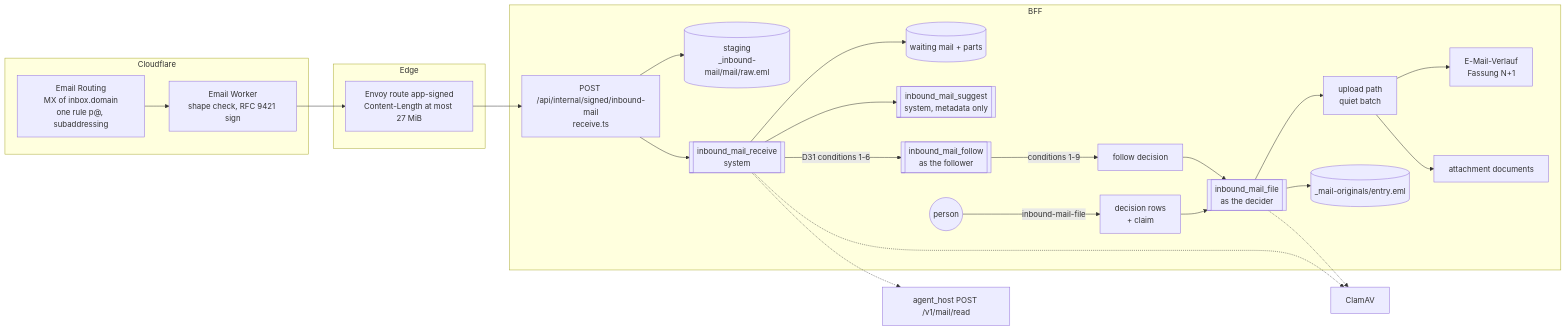
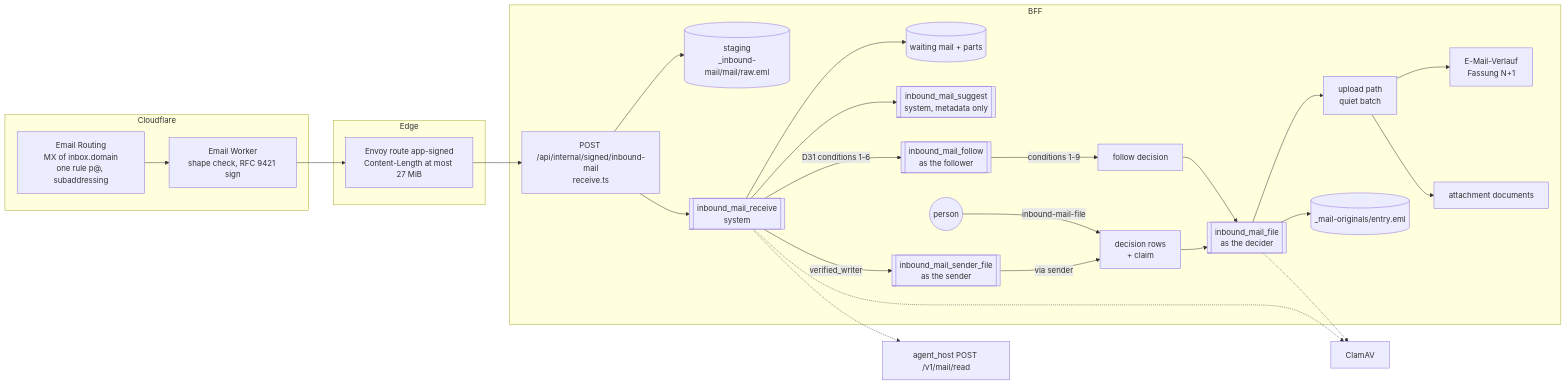
Before and after one commit to archos-at/archos: the first of 2 diagrams in docs/architecture/inbound-mail.md, drawn with Mermaid. The commit also changed other lines of this file and 70 other files, not shown here.

First line of the commit message:
feat(inbound-mail): file a verified writer's mail directly and hold the rest by sender class, enforced in the database

````diff
--- a/docs/architecture/inbound-mail.md
+++ b/docs/architecture/inbound-mail.md
@@ -22,27 +24,29 @@
 ```mermaid
 flowchart LR
   subgraph Cloudflare
     MX[Email Routing<br/>MX of inbox.domain<br/>one rule p@, subaddressing] --> W[Email Worker<br/>shape check, RFC 9421 sign]
   end
   subgraph Edge
     E[Envoy route app-signed<br/>Content-Length at most 27 MiB]
   end
   subgraph BFF
     R[POST /api/internal/signed/inbound-mail<br/>receive.ts] --> S[(staging<br/>_inbound-mail/mail/raw.eml)]
     R --> Q1[[inbound_mail_receive<br/>system]]
     Q1 --> H[(waiting mail + parts)]
     Q1 --> Q2[[inbound_mail_suggest<br/>system, metadata only]]
     Q1 -->|D31 conditions 1-6| Q4[[inbound_mail_follow<br/>as the follower]]
+    Q1 -->|verified_writer| Q5[[inbound_mail_sender_file<br/>as the sender]]
+    Q5 -->|via sender| D
     P((person)) -->|inbound-mail-file| D[decision rows<br/>+ claim]
     D --> Q3[[inbound_mail_file<br/>as the decider]]
     Q4 -->|conditions 1-9| D2[follow decision] --> Q3
     Q3 --> U[upload path<br/>quiet batch]
     U --> V[E-Mail-Verlauf<br/>Fassung N+1]
     U --> A[attachment documents]
     Q3 --> O[(_mail-originals/entry.eml)]
   end
   W --> E --> R
   Q1 -.-> PY[agent_host POST /v1/mail/read]
   Q1 -.-> AV[ClamAV]
   Q3 -.-> AV
 ```
````
